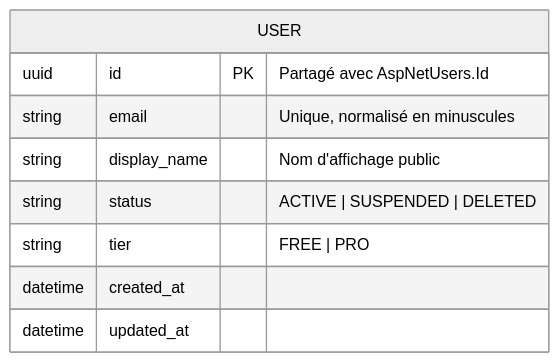
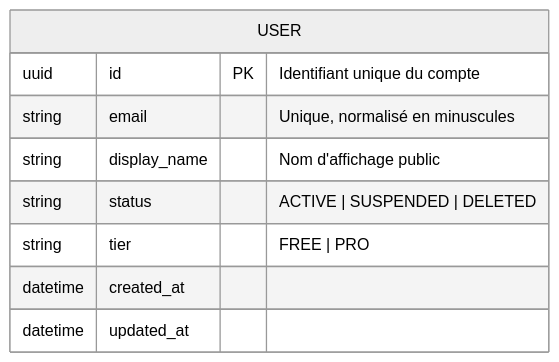
The diagram in docs/conception/domain/diagrams/mcd/identity-access.md (2025-10-CDA-ECO-P6/PM-micro-saas), drawn with Mermaid (neutral theme) before and after one commit. The commit also changed other lines of this file and 107 other files, not shown here.

````diff
--- a/docs/conception/domain/diagrams/mcd/identity-access.md
+++ b/docs/conception/domain/diagrams/mcd/identity-access.md
@@ -7,12 +7,12 @@
 ```mermaid
 erDiagram
     USER {
-        uuid id PK "Partagé avec AspNetUsers.Id"
+        uuid id PK "Identifiant unique du compte"
         string email "Unique, normalisé en minuscules"
         string display_name "Nom d'affichage public"
         string status "ACTIVE | SUSPENDED | DELETED"
         string tier "FREE | PRO"
         datetime created_at
         datetime updated_at
     }
 ```
````
